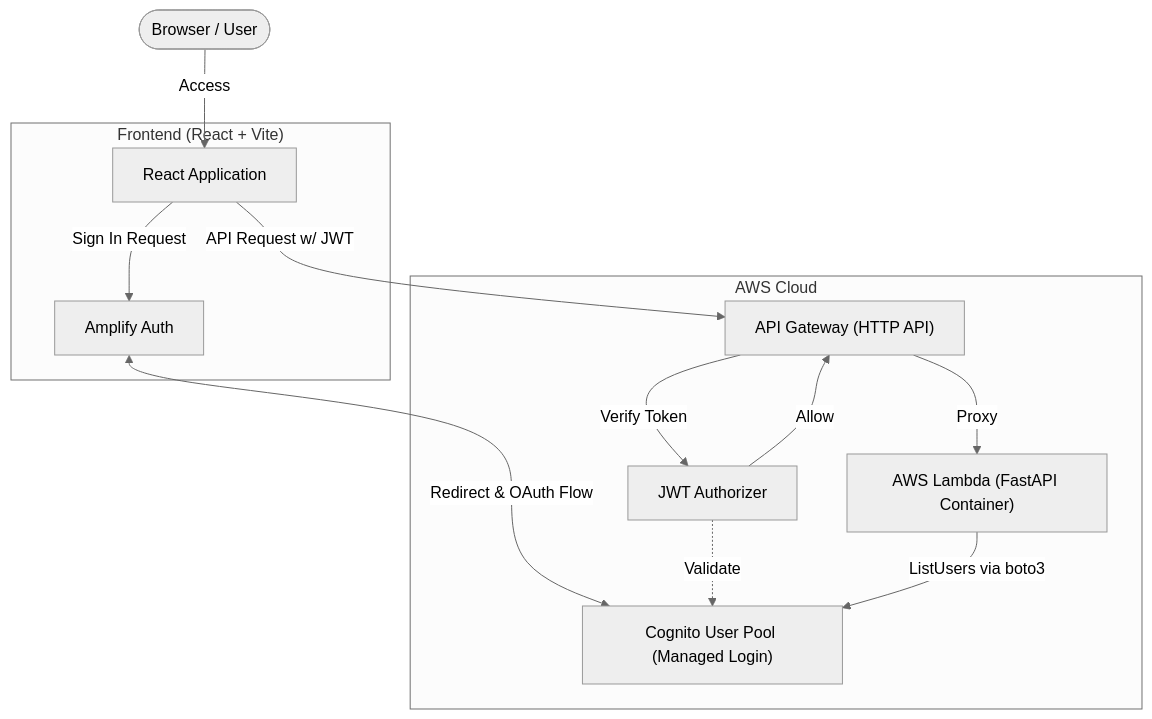
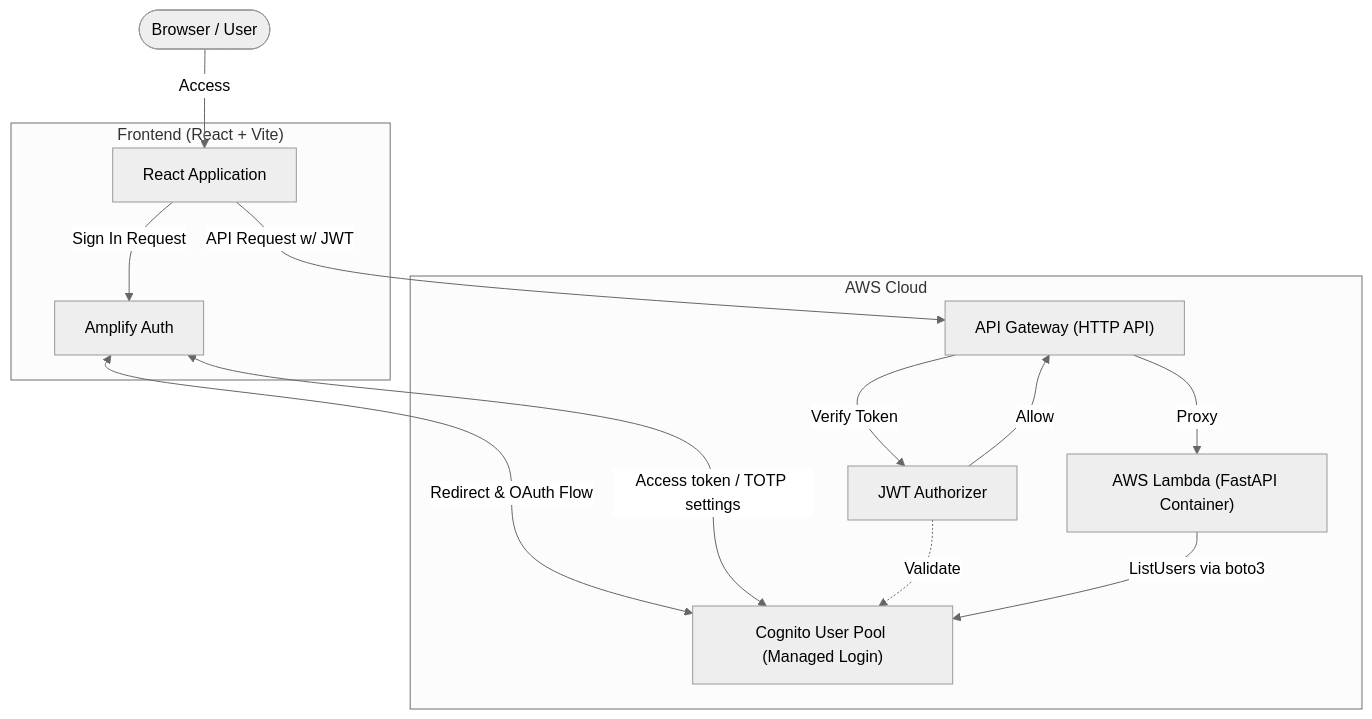
One commit to tayutaedomo/react-cognito-sandbox changed the first of 2 diagrams in docs/architecture.md. Above: the diagram before and after it, drawn with Mermaid (neutral theme). The commit also changed other lines of this file and 22 other files, not shown here.

````diff
--- a/docs/architecture.md
+++ b/docs/architecture.md
@@ -16,26 +16,27 @@
 ```mermaid
 flowchart TD
     User([Browser / User])
 
     subgraph Frontend ["Frontend (React + Vite)"]
         App["React Application"]
         Amplify["Amplify Auth"]
     end
 
     subgraph AWS ["AWS Cloud"]
         Cognito["Cognito User Pool (Managed Login)"]
         APIGW["API Gateway (HTTP API)"]
         Authorizer["JWT Authorizer"]
         Lambda["AWS Lambda (FastAPI Container)"]
     end
 
     User -->|Access| App
     App -->|Sign In Request| Amplify
     Amplify <-->|Redirect & OAuth Flow| Cognito
+    Amplify <-->|Access token / TOTP settings| Cognito
     App -->|API Request w/ JWT| APIGW
     APIGW -->|Verify Token| Authorizer
     Authorizer -.->|Validate| Cognito
     Authorizer -->|Allow| APIGW
     APIGW -->|Proxy| Lambda
     Lambda -->|ListUsers via boto3| Cognito
 ```
````
